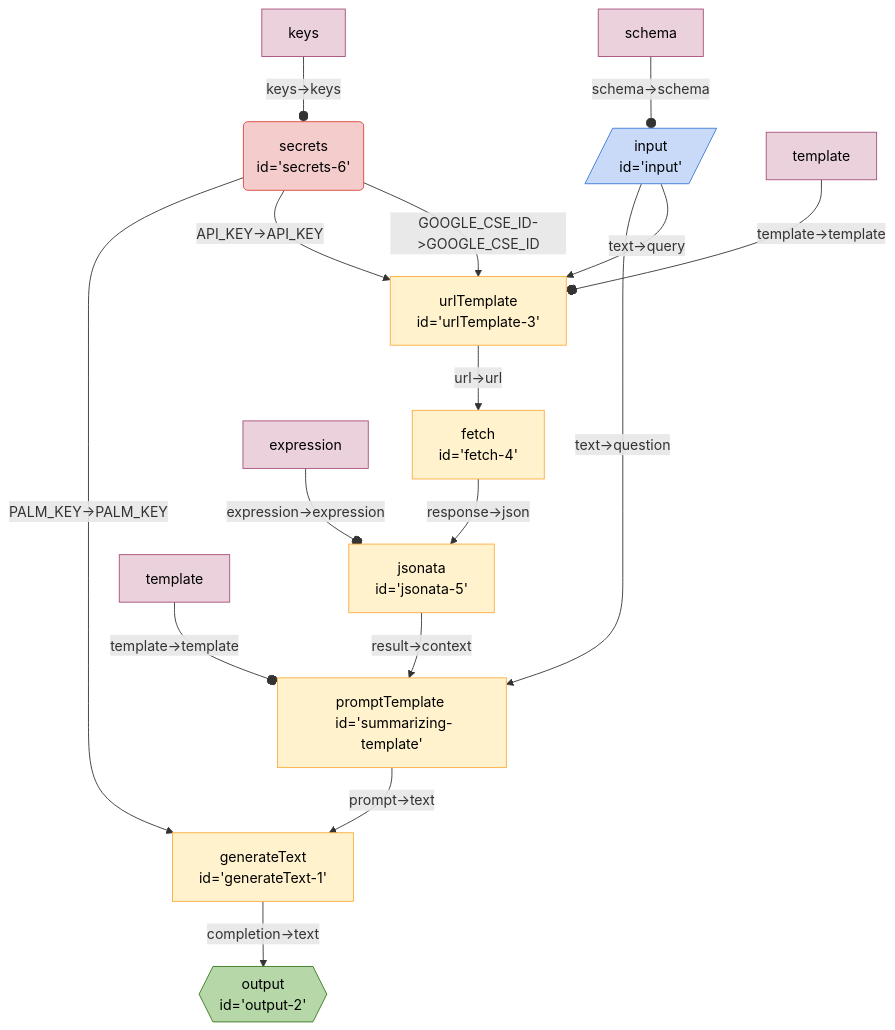
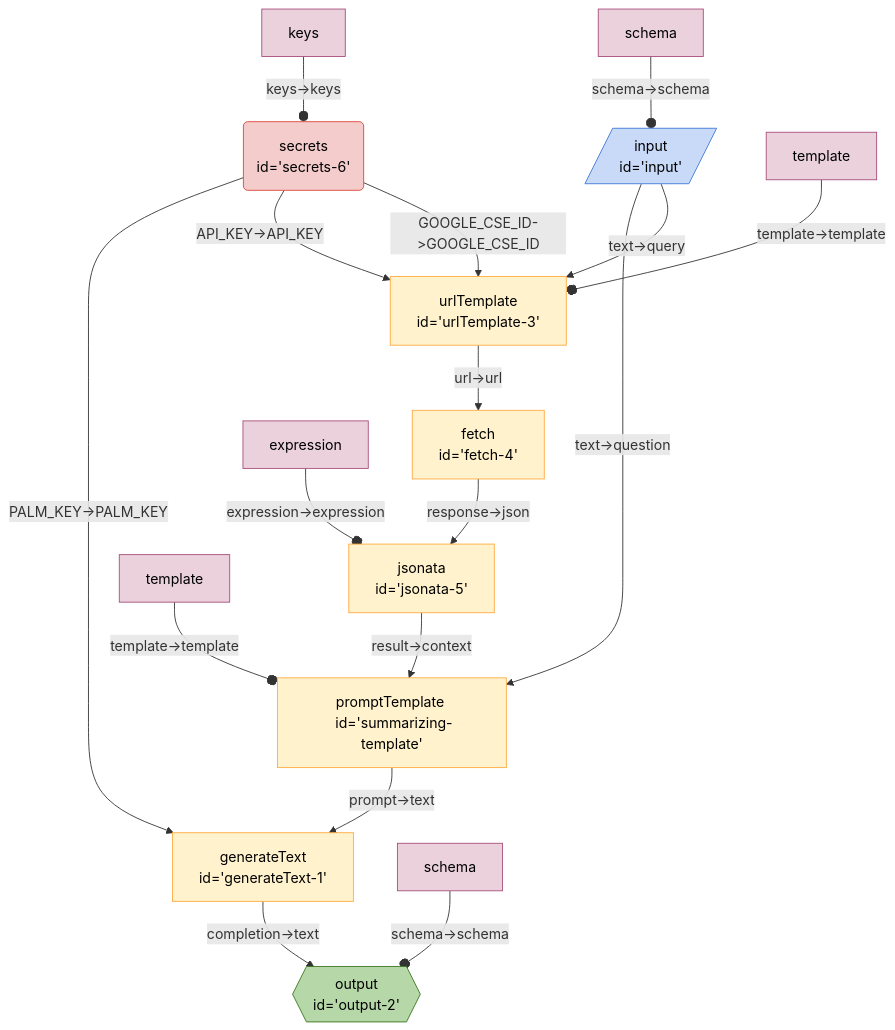
One commit to breadboard-ai/breadboard changed the diagram in seeds/graph-playground/docs/graphs/search-summarize.md. Above: the diagram before and after it, drawn with Mermaid. The commit also changed 2 other files, not shown here.

Commit message:
[graph-playground] Describe `search-summarize` nicely.

````diff
--- a/seeds/graph-playground/docs/graphs/search-summarize.md
+++ b/seeds/graph-playground/docs/graphs/search-summarize.md
@@ -5,27 +5,28 @@
   ```mermaid
   %%{init: 'themeVariables': { 'fontFamily': 'Fira Code, monospace' }}%%
 graph TD;
 generateText1["generateText <br> id='generateText-1'"] -- "completion->text" --> output2{{"output <br> id='output-2'"}}:::output
 summarizingtemplate["promptTemplate <br> id='summarizing-template'"] -- "prompt->text" --> generateText1["generateText <br> id='generateText-1'"]
 jsonata5["jsonata <br> id='jsonata-5'"] -- "result->context" --> summarizingtemplate["promptTemplate <br> id='summarizing-template'"]
 fetch4["fetch <br> id='fetch-4'"] -- "response->json" --> jsonata5["jsonata <br> id='jsonata-5'"]
 urlTemplate3["urlTemplate <br> id='urlTemplate-3'"] -- "url->url" --> fetch4["fetch <br> id='fetch-4'"]
 secrets6("secrets <br> id='secrets-6'"):::secrets -- "PALM_KEY->PALM_KEY" --> generateText1["generateText <br> id='generateText-1'"]
 secrets6("secrets <br> id='secrets-6'"):::secrets -- "API_KEY->API_KEY" --> urlTemplate3["urlTemplate <br> id='urlTemplate-3'"]
 secrets6("secrets <br> id='secrets-6'"):::secrets -- "GOOGLE_CSE_ID->GOOGLE_CSE_ID" --> urlTemplate3["urlTemplate <br> id='urlTemplate-3'"]
 input[/"input <br> id='input'"/]:::input -- "text->question" --> summarizingtemplate["promptTemplate <br> id='summarizing-template'"]
 input[/"input <br> id='input'"/]:::input -- "text->query" --> urlTemplate3["urlTemplate <br> id='urlTemplate-3'"]
+schemaoutput2[schema]:::config -- "schema->schema" --o output2
 templatesummarizingtemplate[template]:::config -- "template->template" --o summarizingtemplate
 templateurlTemplate3[template]:::config -- "template->template" --o urlTemplate3
 expressionjsonata5[expression]:::config -- "expression->expression" --o jsonata5
 keyssecrets6[keys]:::config -- "keys->keys" --o secrets6
 schemainput[schema]:::config -- "schema->schema" --o input
 classDef default stroke:#ffab40,fill:#fff2ccff,color:#000
 classDef input stroke:#3c78d8,fill:#c9daf8ff,color:#000
 classDef output stroke:#38761d,fill:#b6d7a8ff,color:#000
 classDef passthrough stroke:#a64d79,fill:#ead1dcff,color:#000
 classDef slot stroke:#a64d79,fill:#ead1dcff,color:#000
 classDef config stroke:#a64d79,fill:#ead1dcff,color:#000
 classDef secrets stroke:#db4437,fill:#f4cccc,color:#000
 classDef slotted stroke:#a64d79
   ```
````
